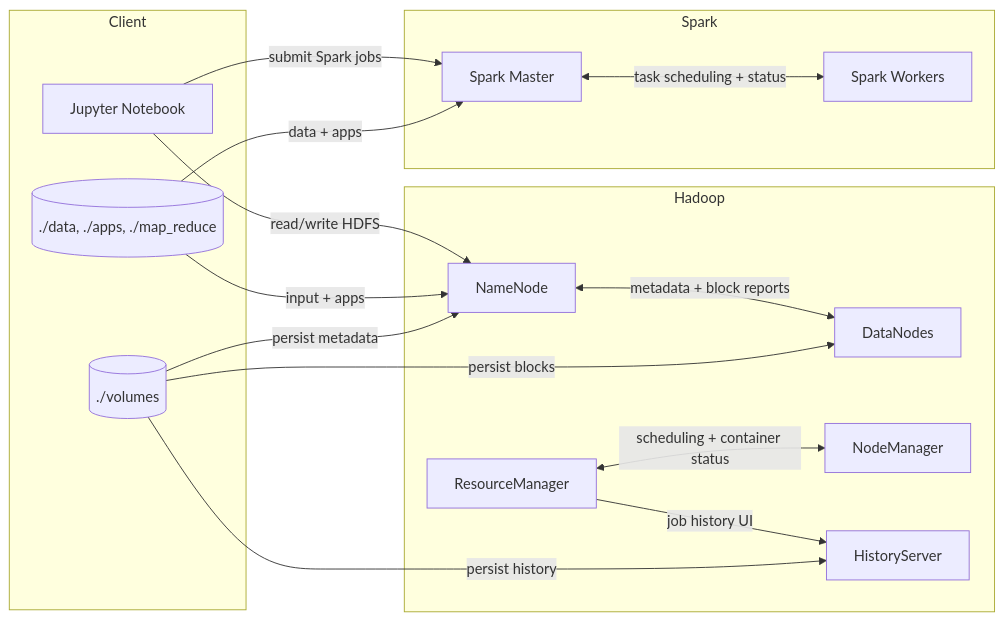
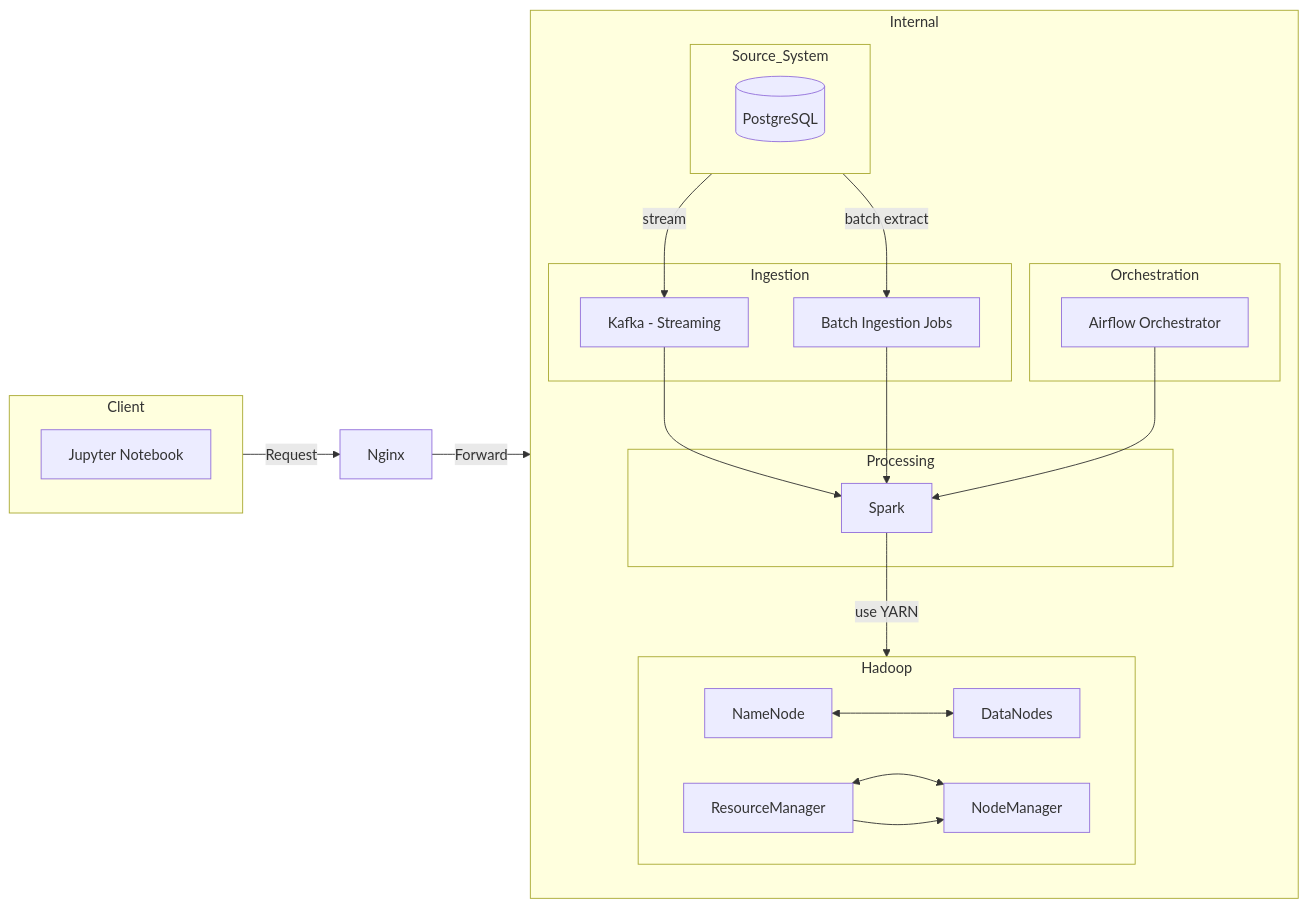
One commit to khaphan-github/data-engineering-bigdata-analysis changed the diagram in hadoop-environment/ARCHITECHTURE.md. Above: the diagram before and after it, drawn with Mermaid. The commit also changed 22 other files, not shown here.

Commit message:
ETL Airflow Spark Pgsql Job Simulator click stream

````diff
--- a/hadoop-environment/ARCHITECHTURE.md
+++ b/hadoop-environment/ARCHITECHTURE.md
@@ -3,28 +3,46 @@
 ```mermaid
 flowchart LR
-  subgraph Hadoop
-    NN[NameNode] <--> |metadata + block reports| DN[DataNodes]
-    RM[ResourceManager] <--> |scheduling + container status| NM[NodeManager]
-    RM --> |job history UI| HS[HistoryServer]
+  subgraph Client
+    NB[Jupyter Notebook]
   end
 
-  subgraph Spark
-    SM[Spark Master] <--> |task scheduling + status| SW[Spark Workers]
+  subgraph Internal
+    subgraph Source_System
+      PG[(PostgreSQL)]
+    end
+
+    subgraph Ingestion
+      Batch[Batch Ingestion Jobs]
+      KF[Kafka - Streaming]
+    end
+
+    subgraph Orchestration
+      AF[Airflow Orchestrator]
+    end
+
+    subgraph Processing
+      SP[Spark]
+    end
+
+    subgraph Hadoop
+      NN[NameNode] <--> DN[DataNodes]
+      RM[ResourceManager] <--> NM[NodeManager]
+    end
   end
 
-  subgraph Client
-    NB[Jupyter Notebook]
-    D[(./data, ./apps, ./map_reduce)]
-    V[(./volumes)]
-  end
 
-  NB --> |submit Spark jobs| SM
-  NB --> |read/write HDFS| NN
+  %% Flow
+  Source_System -->|stream| KF
+  Source_System -->|batch extract| Batch
 
-  D --> |input + apps| NN
-  D --> |data + apps| SM
+  KF --> SP
+  AF --> SP
+  Batch --> SP
 
-  V --> |persist metadata| NN
-  V --> |persist blocks| DN
-  V --> |persist history| HS
+  SP -->|use YARN| Hadoop
+  RM --> NM
+
+  Client -->|Request| Nginx
+  Nginx -->|Forward| Internal
+
 ```
````
